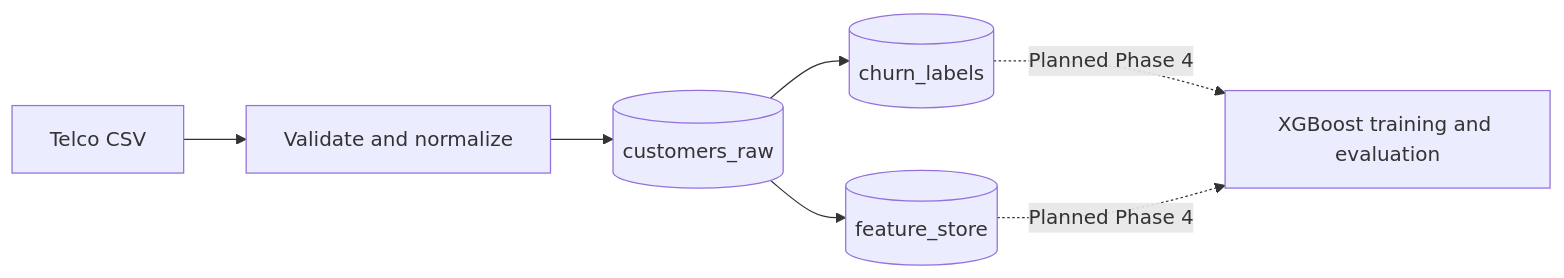
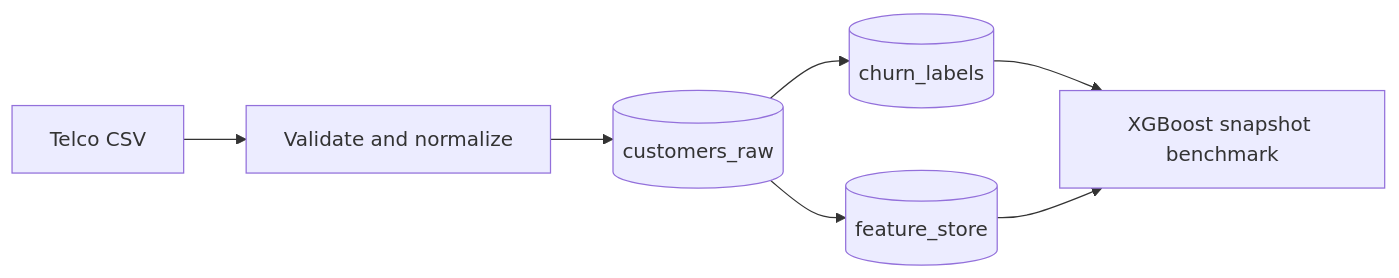
Before and after one commit to SyedMuhammadUbaidUrRehman22/Customer_Churn_prediction: the diagram in README.md, drawn with Mermaid. The commit also changed other lines of this file and 9 other files, not shown here.

Commit message:
feat: add XGBoost churn benchmark

````diff
--- a/README.md
+++ b/README.md
@@ -118,9 +118,9 @@
 ```mermaid
 flowchart LR
     CSV[Telco CSV] --> INGEST[Validate and normalize]
     INGEST --> RAW[(customers_raw)]
     RAW --> LABELS[(churn_labels)]
     RAW --> FEATURES[(feature_store)]
-    LABELS -. Planned Phase 4 .-> TRAIN[XGBoost training and evaluation]
-    FEATURES -. Planned Phase 4 .-> TRAIN
+    LABELS --> TRAIN[XGBoost snapshot benchmark]
+    FEATURES --> TRAIN
 ```
````
